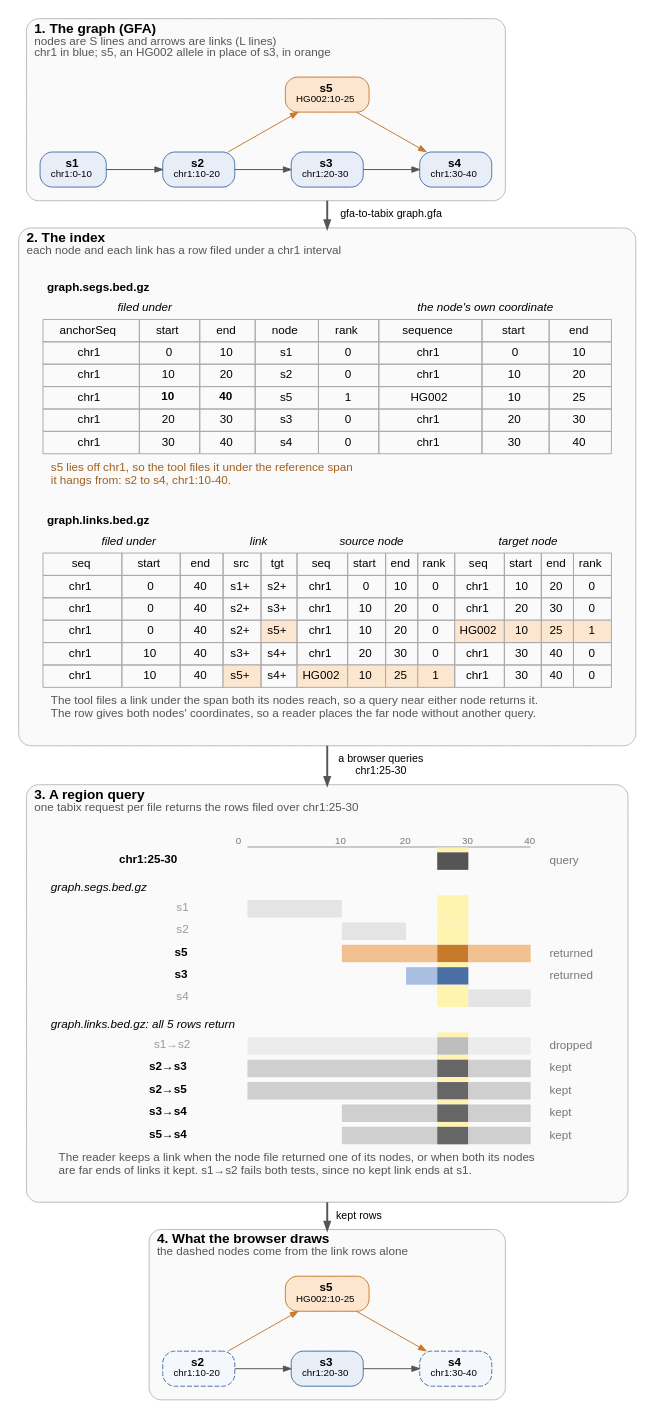
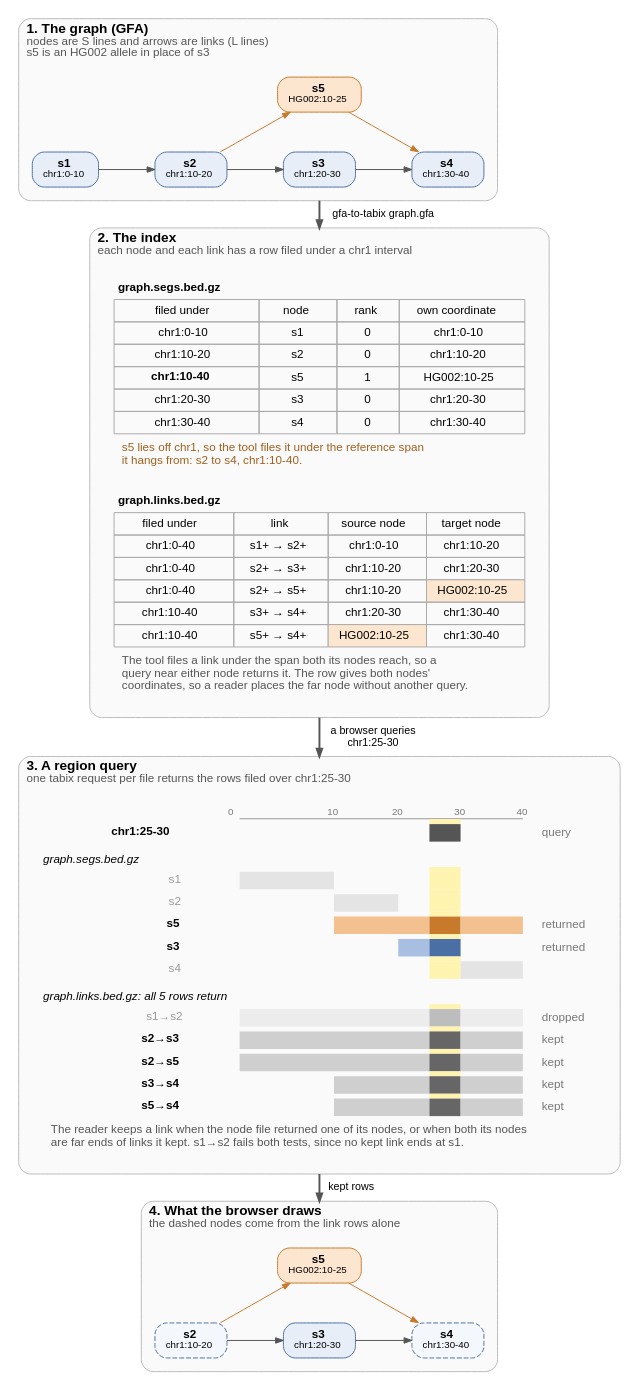
One commit to GMOD/gfa-to-tabix changed the diagram in docs/figures/overview.dot. Above: the diagram before and after it, drawn with Graphviz. The commit also changed 2 other files, not shown here.

Commit message:
Overview figure: one cell per coordinate in the index tables
figures.py now prints each seq-start-end triple as one cell, chr1:10-20,
as in the graph panels. That cuts the node table from 8 columns to 4 and
the link table from 13 to 4, each with one header row in place of two.
s5 is then plainly the one row whose filed interval differs from its own
coordinate. docs/index-format.md lists the literal columns beside the
figure.

Panel 1's subtitle loses its colour key; the node labels already show
which nodes lie on chr1.

```diff
--- a/docs/figures/overview.dot
+++ b/docs/figures/overview.dot
@@ -13,7 +13,7 @@
     graph [labeljust=l, fontsize=14, color="#bbbbbb", style="rounded,filled", fillcolor="#fafafa", margin=14]
 
     subgraph cluster_graph {
-      label=<<B>1. The graph (GFA)</B><BR ALIGN="LEFT"/><FONT POINT-SIZE="12" COLOR="#555555">nodes are S lines and arrows are links (L lines)</FONT><BR ALIGN="LEFT"/><FONT POINT-SIZE="12" COLOR="#555555">chr1 in blue; s5, an HG002 allele in place of s3, in orange</FONT><BR ALIGN="LEFT"/>>
+      label=<<B>1. The graph (GFA)</B><BR ALIGN="LEFT"/><FONT POINT-SIZE="12" COLOR="#555555">nodes are S lines and arrows are links (L lines)</FONT><BR ALIGN="LEFT"/><FONT POINT-SIZE="12" COLOR="#555555">s5 is an HG002 allele in place of s3</FONT><BR ALIGN="LEFT"/>>
       // begin graph
       s1 [label=<<B>s1</B><BR/><FONT POINT-SIZE="10">chr1:0-10</FONT>>]
       s2 [label=<<B>s2</B><BR/><FONT POINT-SIZE="10">chr1:10-20</FONT>>]
@@ -34,33 +34,31 @@
       label=<<B>2. The index</B><BR ALIGN="LEFT"/><FONT POINT-SIZE="12" COLOR="#555555">each node and each link has a row filed under a chr1 interval</FONT><BR ALIGN="LEFT"/>>
       rows [shape=plaintext, style="", label=<
         <TABLE BORDER="0" CELLBORDER="0" CELLSPACING="0" CELLPADDING="0"><TR><TD><TABLE BORDER="0" CELLBORDER="1" CELLSPACING="0" CELLPADDING="4" COLOR="#aaaaaa">
-          <TR><TD COLSPAN="8" BORDER="0" ALIGN="LEFT"><B>graph.segs.bed.gz</B></TD></TR>
-          <TR><TD COLSPAN="3" BORDER="0"><I>filed under</I></TD><TD COLSPAN="2" BORDER="0"></TD><TD COLSPAN="3" BORDER="0"><I>the node's own coordinate</I></TD></TR>
-          <TR BGCOLOR="#dddddd"><TD>anchorSeq</TD><TD>start</TD><TD>end</TD><TD>node</TD><TD>rank</TD><TD>sequence</TD><TD>start</TD><TD>end</TD></TR>
+          <TR><TD COLSPAN="4" BORDER="0" ALIGN="LEFT"><B>graph.segs.bed.gz</B></TD></TR>
+          <TR BGCOLOR="#dddddd"><TD>filed under</TD><TD>node</TD><TD>rank</TD><TD>own coordinate</TD></TR>
           <!-- begin segs -->
-          <TR BGCOLOR="#e8eef7"><TD>chr1</TD><TD>0</TD><TD>10</TD><TD>s1</TD><TD>0</TD><TD>chr1</TD><TD>0</TD><TD>10</TD></TR>
-          <TR BGCOLOR="#e8eef7"><TD>chr1</TD><TD>10</TD><TD>20</TD><TD>s2</TD><TD>0</TD><TD>chr1</TD><TD>10</TD><TD>20</TD></TR>
-          <TR BGCOLOR="#fde6cf"><TD>chr1</TD><TD><B>10</B></TD><TD><B>40</B></TD><TD>s5</TD><TD>1</TD><TD>HG002</TD><TD>10</TD><TD>25</TD></TR>
-          <TR BGCOLOR="#e8eef7"><TD>chr1</TD><TD>20</TD><TD>30</TD><TD>s3</TD><TD>0</TD><TD>chr1</TD><TD>20</TD><TD>30</TD></TR>
-          <TR BGCOLOR="#e8eef7"><TD>chr1</TD><TD>30</TD><TD>40</TD><TD>s4</TD><TD>0</TD><TD>chr1</TD><TD>30</TD><TD>40</TD></TR>
+          <TR BGCOLOR="#e8eef7"><TD>chr1:0-10</TD><TD>s1</TD><TD>0</TD><TD>chr1:0-10</TD></TR>
+          <TR BGCOLOR="#e8eef7"><TD>chr1:10-20</TD><TD>s2</TD><TD>0</TD><TD>chr1:10-20</TD></TR>
+          <TR BGCOLOR="#fde6cf"><TD><B>chr1:10-40</B></TD><TD>s5</TD><TD>1</TD><TD>HG002:10-25</TD></TR>
+          <TR BGCOLOR="#e8eef7"><TD>chr1:20-30</TD><TD>s3</TD><TD>0</TD><TD>chr1:20-30</TD></TR>
+          <TR BGCOLOR="#e8eef7"><TD>chr1:30-40</TD><TD>s4</TD><TD>0</TD><TD>chr1:30-40</TD></TR>
           <!-- end segs -->
           <!-- begin segs-caption -->
-          <TR><TD BORDER="0" CELLPADDING="8" COLSPAN="8" ALIGN="LEFT" BALIGN="LEFT"><FONT POINT-SIZE="12" COLOR="#a15f1c">s5 lies off chr1, so the tool files it under the reference span<BR/>it hangs from: s2 to s4, chr1:10-40.</FONT></TD></TR>
+          <TR><TD BORDER="0" CELLPADDING="8" COLSPAN="4" ALIGN="LEFT" BALIGN="LEFT"><FONT POINT-SIZE="12" COLOR="#a15f1c">s5 lies off chr1, so the tool files it under the reference span<BR/>it hangs from: s2 to s4, chr1:10-40.</FONT></TD></TR>
           <!-- end segs-caption -->
         </TABLE></TD></TR>
         <TR><TD HEIGHT="18"></TD></TR>
         <TR><TD><TABLE BORDER="0" CELLBORDER="1" CELLSPACING="0" CELLPADDING="4" COLOR="#aaaaaa">
-          <TR><TD COLSPAN="13" BORDER="0" ALIGN="LEFT"><B>graph.links.bed.gz</B></TD></TR>
-          <TR><TD COLSPAN="3" BORDER="0"><I>filed under</I></TD><TD COLSPAN="2" BORDER="0"><I>link</I></TD><TD COLSPAN="4" BORDER="0"><I>source node</I></TD><TD COLSPAN="4" BORDER="0"><I>target node</I></TD></TR>
-          <TR BGCOLOR="#dddddd"><TD>seq</TD><TD>start</TD><TD>end</TD><TD>src</TD><TD>tgt</TD><TD>seq</TD><TD>start</TD><TD>end</TD><TD>rank</TD><TD>seq</TD><TD>start</TD><TD>end</TD><TD>rank</TD></TR>
+          <TR><TD COLSPAN="4" BORDER="0" ALIGN="LEFT"><B>graph.links.bed.gz</B></TD></TR>
+          <TR BGCOLOR="#dddddd"><TD>filed under</TD><TD>link</TD><TD>source node</TD><TD>target node</TD></TR>
           <!-- begin links -->
-          <TR BGCOLOR="#f2f2f2"><TD>chr1</TD><TD>0</TD><TD>40</TD><TD>s1+</TD><TD>s2+</TD><TD>chr1</TD><TD>0</TD><TD>10</TD><TD>0</TD><TD>chr1</TD><TD>10</TD><TD>20</TD><TD>0</TD></TR>
-          <TR BGCOLOR="#f2f2f2"><TD>chr1</TD><TD>0</TD><TD>40</TD><TD>s2+</TD><TD>s3+</TD><TD>chr1</TD><TD>10</TD><TD>20</TD><TD>0</TD><TD>chr1</TD><TD>20</TD><TD>30</TD><TD>0</TD></TR>
-          <TR BGCOLOR="#f2f2f2"><TD>chr1</TD><TD>0</TD><TD>40</TD><TD>s2+</TD><TD BGCOLOR="#fde6cf">s5+</TD><TD>chr1</TD><TD>10</TD><TD>20</TD><TD>0</TD><TD BGCOLOR="#fde6cf">HG002</TD><TD BGCOLOR="#fde6cf">10</TD><TD BGCOLOR="#fde6cf">25</TD><TD BGCOLOR="#fde6cf">1</TD></TR>
-          <TR BGCOLOR="#f2f2f2"><TD>chr1</TD><TD>10</TD><TD>40</TD><TD>s3+</TD><TD>s4+</TD><TD>chr1</TD><TD>20</TD><TD>30</TD><TD>0</TD><TD>chr1</TD><TD>30</TD><TD>40</TD><TD>0</TD></TR>
-          <TR BGCOLOR="#f2f2f2"><TD>chr1</TD><TD>10</TD><TD>40</TD><TD BGCOLOR="#fde6cf">s5+</TD><TD>s4+</TD><TD BGCOLOR="#fde6cf">HG002</TD><TD BGCOLOR="#fde6cf">10</TD><TD BGCOLOR="#fde6cf">25</TD><TD BGCOLOR="#fde6cf">1</TD><TD>chr1</TD><TD>30</TD><TD>40</TD><TD>0</TD></TR>
+          <TR BGCOLOR="#f2f2f2"><TD>chr1:0-40</TD><TD>s1+ → s2+</TD><TD>chr1:0-10</TD><TD>chr1:10-20</TD></TR>
+          <TR BGCOLOR="#f2f2f2"><TD>chr1:0-40</TD><TD>s2+ → s3+</TD><TD>chr1:10-20</TD><TD>chr1:20-30</TD></TR>
+          <TR BGCOLOR="#f2f2f2"><TD>chr1:0-40</TD><TD>s2+ → s5+</TD><TD>chr1:10-20</TD><TD BGCOLOR="#fde6cf">HG002:10-25</TD></TR>
+          <TR BGCOLOR="#f2f2f2"><TD>chr1:10-40</TD><TD>s3+ → s4+</TD><TD>chr1:20-30</TD><TD>chr1:30-40</TD></TR>
+          <TR BGCOLOR="#f2f2f2"><TD>chr1:10-40</TD><TD>s5+ → s4+</TD><TD BGCOLOR="#fde6cf">HG002:10-25</TD><TD>chr1:30-40</TD></TR>
           <!-- end links -->
-          <TR><TD COLSPAN="13" BORDER="0" CELLPADDING="8" ALIGN="LEFT" BALIGN="LEFT"><FONT POINT-SIZE="12" COLOR="#555555">The tool files a link under the span both its nodes reach, so a query near either node returns it.<BR/>The row gives both nodes' coordinates, so a reader places the far node without another query.</FONT></TD></TR>
+          <TR><TD COLSPAN="4" BORDER="0" CELLPADDING="8" ALIGN="LEFT" BALIGN="LEFT"><FONT POINT-SIZE="12" COLOR="#555555">The tool files a link under the span both its nodes reach, so a<BR/>query near either node returns it. The row gives both nodes'<BR/>coordinates, so a reader places the far node without another query.</FONT></TD></TR>
         </TABLE></TD></TR></TABLE>>]
     }
 
```
